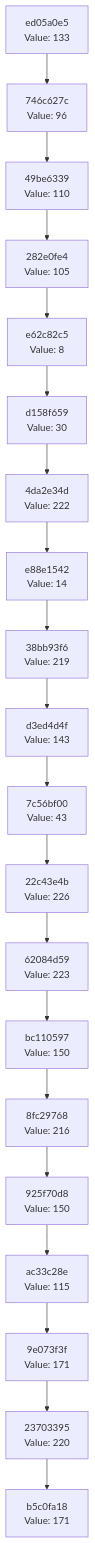
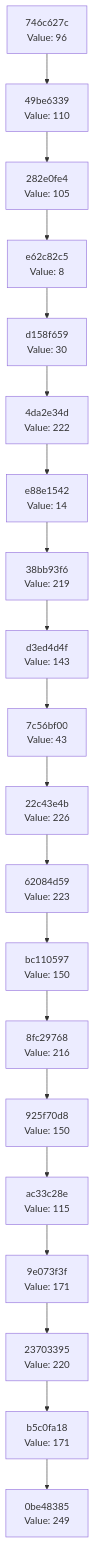
The diagram in docs/CHAIN_VISUALIZATION.md (Abhisheksinha1506/hash-chain-evolver), drawn with Mermaid before and after one commit. The commit also changed 1 other file, not shown here.

Commit message:
Evolution step: hash 0xF9 → action executed

````diff
--- a/docs/CHAIN_VISUALIZATION.md
+++ b/docs/CHAIN_VISUALIZATION.md
@@ -3,42 +3,42 @@
 ```mermaid
 graph TD
-    C0["b5c0fa18<br/>Value: 171"]
-    C1["23703395<br/>Value: 220"]
+    C0["0be48385<br/>Value: 249"]
+    C1["b5c0fa18<br/>Value: 171"]
     C1 --> C0
-    C2["9e073f3f<br/>Value: 171"]
+    C2["23703395<br/>Value: 220"]
     C2 --> C1
-    C3["ac33c28e<br/>Value: 115"]
+    C3["9e073f3f<br/>Value: 171"]
     C3 --> C2
-    C4["925f70d8<br/>Value: 150"]
+    C4["ac33c28e<br/>Value: 115"]
     C4 --> C3
-    C5["8fc29768<br/>Value: 216"]
+    C5["925f70d8<br/>Value: 150"]
     C5 --> C4
-    C6["bc110597<br/>Value: 150"]
+    C6["8fc29768<br/>Value: 216"]
     C6 --> C5
-    C7["62084d59<br/>Value: 223"]
+    C7["bc110597<br/>Value: 150"]
     C7 --> C6
-    C8["22c43e4b<br/>Value: 226"]
+    C8["62084d59<br/>Value: 223"]
     C8 --> C7
-    C9["7c56bf00<br/>Value: 43"]
+    C9["22c43e4b<br/>Value: 226"]
     C9 --> C8
-    C10["d3ed4d4f<br/>Value: 143"]
+    C10["7c56bf00<br/>Value: 43"]
     C10 --> C9
-    C11["38bb93f6<br/>Value: 219"]
+    C11["d3ed4d4f<br/>Value: 143"]
     C11 --> C10
-    C12["e88e1542<br/>Value: 14"]
+    C12["38bb93f6<br/>Value: 219"]
     C12 --> C11
-    C13["4da2e34d<br/>Value: 222"]
+    C13["e88e1542<br/>Value: 14"]
     C13 --> C12
-    C14["d158f659<br/>Value: 30"]
+    C14["4da2e34d<br/>Value: 222"]
     C14 --> C13
-    C15["e62c82c5<br/>Value: 8"]
+    C15["d158f659<br/>Value: 30"]
     C15 --> C14
-    C16["282e0fe4<br/>Value: 105"]
+    C16["e62c82c5<br/>Value: 8"]
     C16 --> C15
-    C17["49be6339<br/>Value: 110"]
+    C17["282e0fe4<br/>Value: 105"]
     C17 --> C16
-    C18["746c627c<br/>Value: 96"]
+    C18["49be6339<br/>Value: 110"]
     C18 --> C17
-    C19["ed05a0e5<br/>Value: 133"]
+    C19["746c627c<br/>Value: 96"]
     C19 --> C18
 ```
````
